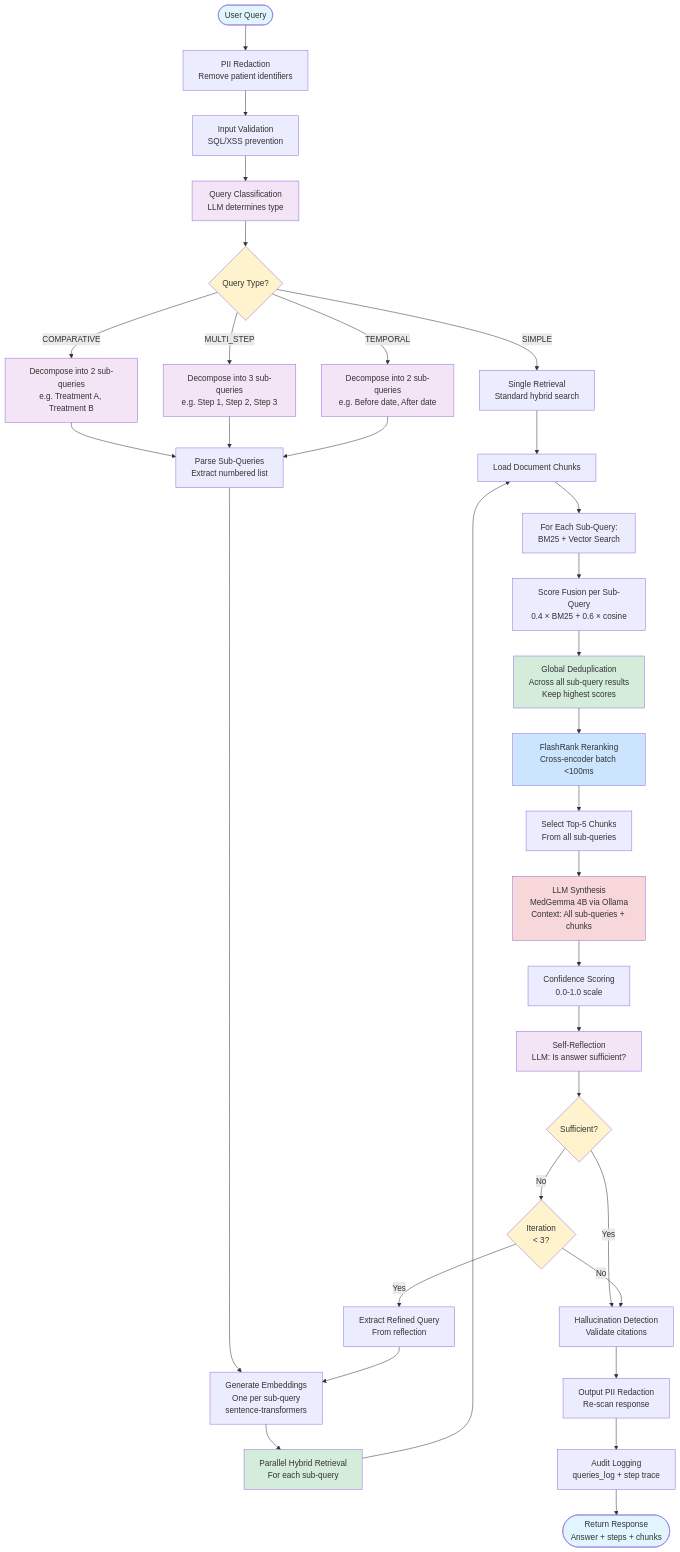
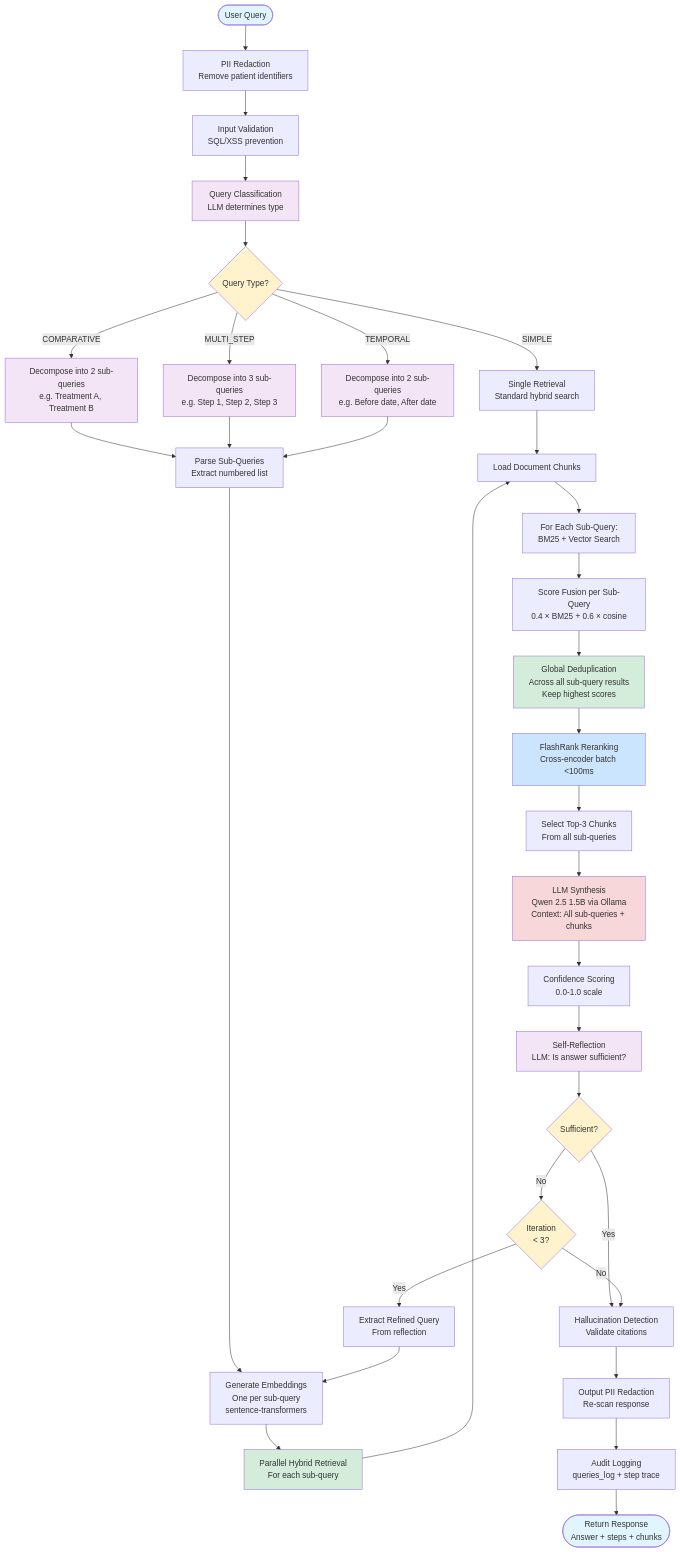
The diagram in docs/architecture/agentic-rag-flow.md (jmomugtong/KaagapAI), drawn with Mermaid before and after one commit. The commit also changed other lines of this file and 3 other files, not shown here.

First line of the commit message:
docs(architecture): fix outdated info across all architecture docs

````diff
--- a/docs/architecture/agentic-rag-flow.md
+++ b/docs/architecture/agentic-rag-flow.md
@@ -9,71 +9,71 @@
 ```mermaid
 flowchart TD
     Start([User Query]) --> PII1[PII Redaction<br/>Remove patient identifiers]
     PII1 --> Validate[Input Validation<br/>SQL/XSS prevention]
     Validate --> Classify[Query Classification<br/>LLM determines type]
 
     Classify --> ClassType{Query Type?}
 
     ClassType -->|SIMPLE| SingleRetrieval[Single Retrieval<br/>Standard hybrid search]
     ClassType -->|COMPARATIVE| Decompose2[Decompose into 2 sub-queries<br/>e.g. Treatment A, Treatment B]
     ClassType -->|MULTI_STEP| Decompose3[Decompose into 3 sub-queries<br/>e.g. Step 1, Step 2, Step 3]
     ClassType -->|TEMPORAL| Decompose2T[Decompose into 2 sub-queries<br/>e.g. Before date, After date]
 
     Decompose2 --> Parse[Parse Sub-Queries<br/>Extract numbered list]
     Decompose3 --> Parse
     Decompose2T --> Parse
 
     Parse --> Embed[Generate Embeddings<br/>One per sub-query<br/>sentence-transformers]
 
     Embed --> ParallelRetrieval[Parallel Hybrid Retrieval<br/>For each sub-query]
 
     SingleRetrieval --> LoadChunks[Load Document Chunks]
     ParallelRetrieval --> LoadChunks
 
     LoadChunks --> SubRetrieval[For Each Sub-Query:<br/>BM25 + Vector Search]
 
     SubRetrieval --> SubFusion[Score Fusion per Sub-Query<br/>0.4 × BM25 + 0.6 × cosine]
 
     SubFusion --> GlobalDedup[Global Deduplication<br/>Across all sub-query results<br/>Keep highest scores]
 
     GlobalDedup --> Rerank[FlashRank Reranking<br/>Cross-encoder batch &lt;100ms]
 
-    Rerank --> TopK[Select Top-5 Chunks<br/>From all sub-queries]
+    Rerank --> TopK[Select Top-3 Chunks<br/>From all sub-queries]
 
-    TopK --> Synthesize[LLM Synthesis<br/>MedGemma 4B via Ollama<br/>Context: All sub-queries + chunks]
+    TopK --> Synthesize[LLM Synthesis<br/>Qwen 2.5 1.5B via Ollama<br/>Context: All sub-queries + chunks]
 
     Synthesize --> Confidence[Confidence Scoring<br/>0.0-1.0 scale]
 
     Confidence --> Reflect[Self-Reflection<br/>LLM: Is answer sufficient?]
 
     Reflect --> Sufficient{Sufficient?}
 
     Sufficient -->|Yes| Hallucination[Hallucination Detection<br/>Validate citations]
     Sufficient -->|No| CheckIter{Iteration<br/>&lt; 3?}
 
     CheckIter -->|Yes| RefineQuery[Extract Refined Query<br/>From reflection]
     CheckIter -->|No| Hallucination
 
     RefineQuery --> Embed
 
     Hallucination --> PII2[Output PII Redaction<br/>Re-scan response]
 
     PII2 --> Audit[Audit Logging<br/>queries_log + step trace]
 
     Audit --> Response([Return Response<br/>Answer + steps + chunks])
 
     style Start fill:#e1f5ff
     style Response fill:#e1f5ff
     style ClassType fill:#fff3cd
     style Sufficient fill:#fff3cd
     style CheckIter fill:#fff3cd
     style Classify fill:#f3e5f5
     style Decompose2 fill:#f3e5f5
     style Decompose3 fill:#f3e5f5
     style Decompose2T fill:#f3e5f5
     style Reflect fill:#f3e5f5
     style ParallelRetrieval fill:#d4edda
     style GlobalDedup fill:#d4edda
     style Rerank fill:#cce5ff
     style Synthesize fill:#f8d7da
 ```
````
